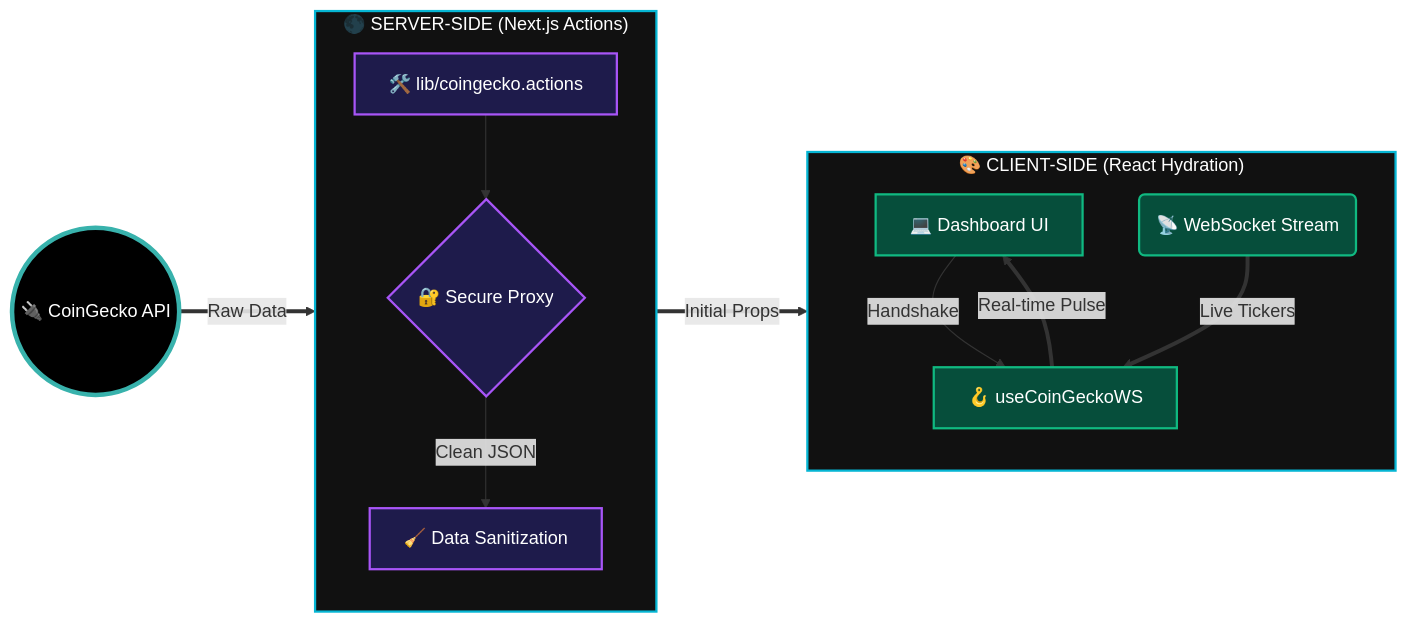
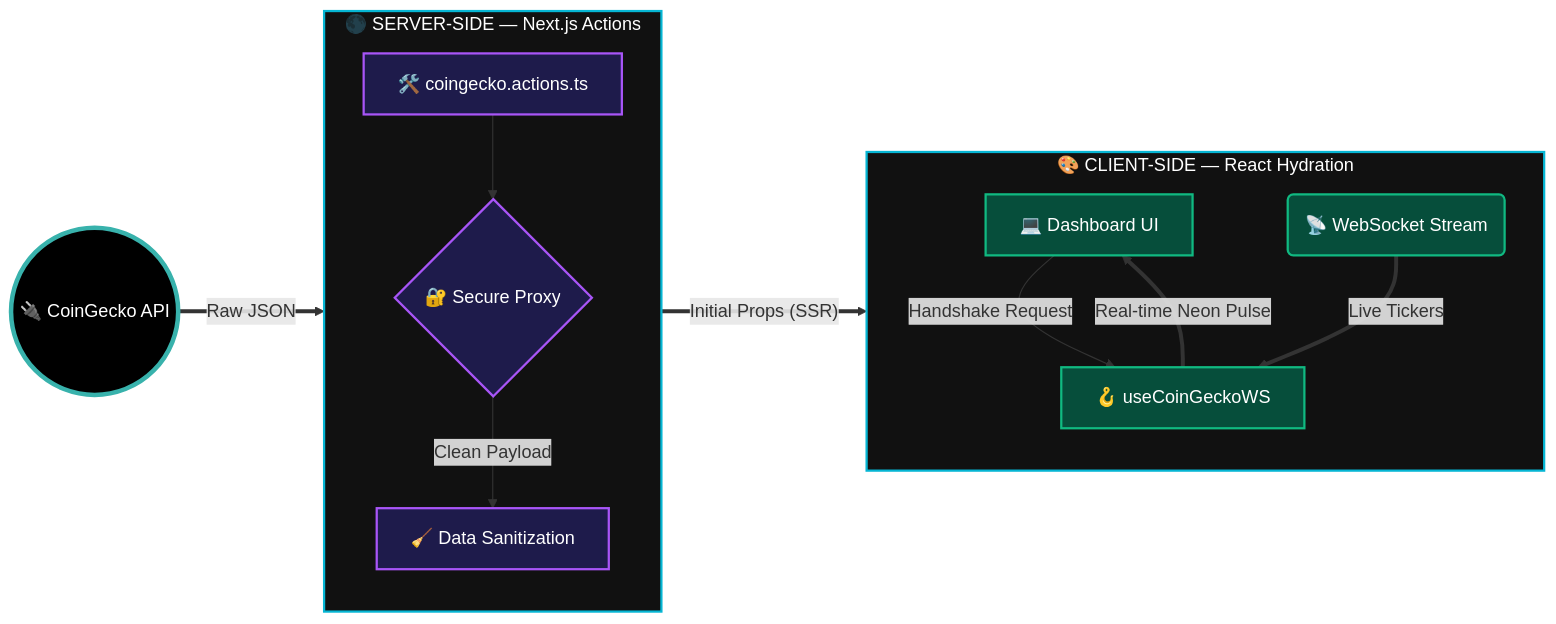
One commit to salonyranjan/BitFlow changed the third of 3 diagrams in README.md. Above: the diagram before and after it, drawn with Mermaid. The commit also changed other lines of this file, not shown here.

````diff
--- a/README.md
+++ b/README.md
@@ -201,38 +341,37 @@
 ```mermaid
 graph LR
     API((🔌 CoinGecko API))
 
-    subgraph Server_Engine ["🌑 SERVER-SIDE (Next.js Actions)"]
+    subgraph Server_Engine ["🌑 SERVER-SIDE — Next.js Actions"]
         direction TB
-        SEC[🛠️ lib/coingecko.actions]
+        SEC[🛠️ coingecko.actions.ts]
         PROXY{🔐 Secure Proxy}
         PARSE[🧹 Data Sanitization]
     end
 
-    subgraph Client_Terminal ["🎨 CLIENT-SIDE (React Hydration)"]
+    subgraph Client_Terminal ["🎨 CLIENT-SIDE — React Hydration"]
         direction TB
         UI[💻 Dashboard UI]
         HOOKS[🪝 useCoinGeckoWS]
         WS_STREAM(📡 WebSocket Stream)
     end
 
-    API ==>|Raw Data| SEC
+    API ==>|Raw JSON| SEC
     SEC --> PROXY
-    PROXY -->|Clean JSON| PARSE
-    PARSE ==>|Initial Props| UI
-    
-    UI -->|Handshake| HOOKS
-    WS_STREAM ==>|Live Tickers| HOOKS
-    HOOKS ==>|Real-time Pulse| UI
+    PROXY -->|Clean Payload| PARSE
+    PARSE ==>|"Initial Props (SSR)"| UI
+
+    UI -->|"Handshake Request"| HOOKS
+    WS_STREAM ==>|"Live Tickers"| HOOKS
+    HOOKS ==>|"Real-time Neon Pulse"| UI
 
     classDef api fill:#000,stroke:#38b2ac,stroke-width:4px,color:#fff;
     classDef server fill:#1e1b4b,stroke:#a855f7,stroke-width:2px,color:#fff;
     classDef client fill:#064e3b,stroke:#10b981,stroke-width:2px,color:#fff;
     classDef flow fill:#111,stroke:#06b6d4,stroke-width:2px,color:#fff;
 
     class API api;
     class SEC,PROXY,PARSE server;
     class UI,HOOKS,WS_STREAM client;
-    class Server_Engine flow;
-    class Client_Terminal flow;
+    class Server_Engine,Client_Terminal flow;
 ```
````
